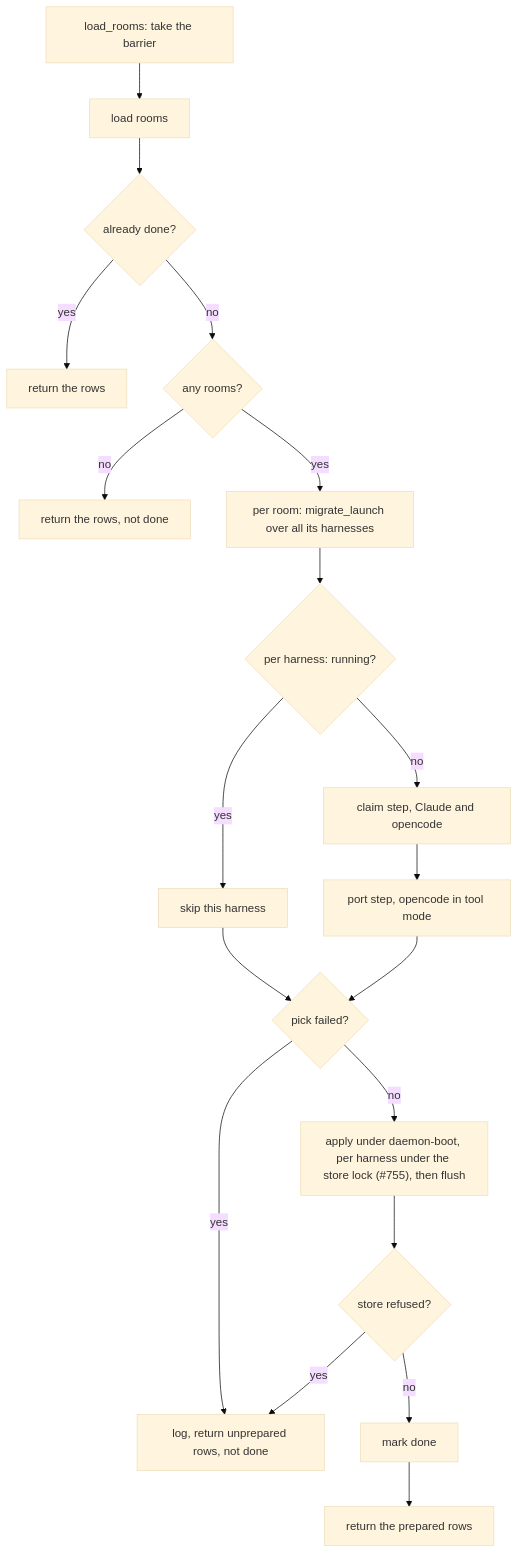
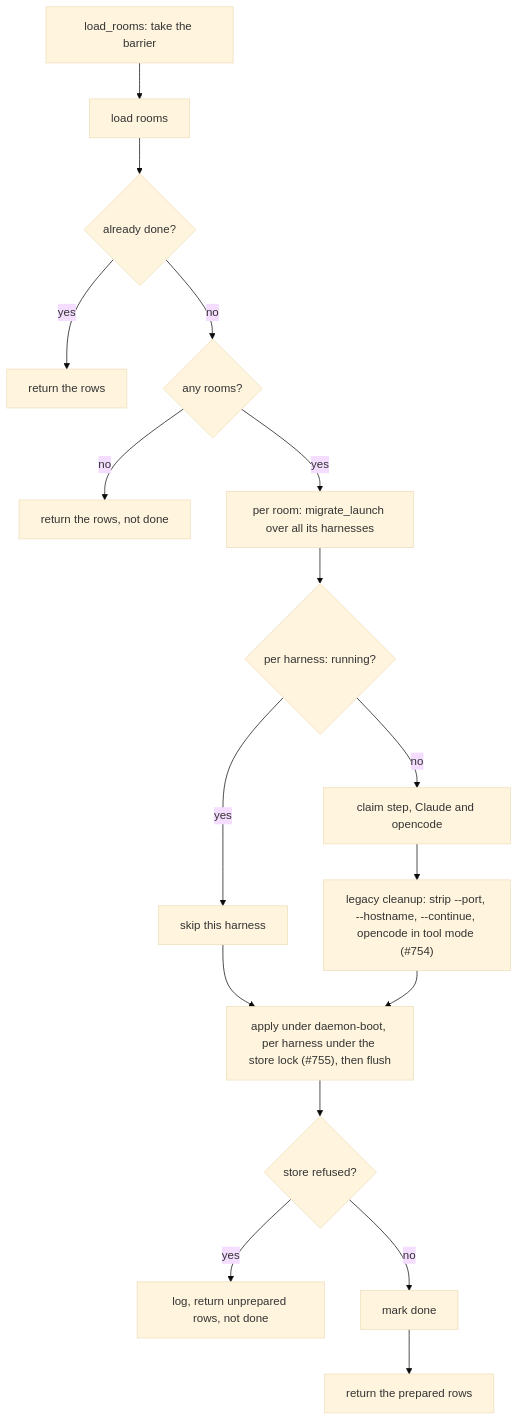
The eighth of 11 diagrams in docs/skeind-p2-design.md (timeloop-vault/skein), drawn with Mermaid (base theme) before and after one commit. The commit also changed other lines of this file and 56 other files, not shown here.

First line of the commit message:
feat(#754): pick the opencode port at spawn and keep it out of the stored cmd

````diff
--- a/docs/skeind-p2-design.md
+++ b/docs/skeind-p2-design.md
@@ -1084,21 +1110,19 @@
 ```mermaid
 flowchart TD
     A["load_rooms: take the barrier"] --> B["load rooms"]
     B --> C{"already done?"}
     C -->|yes| R1["return the rows"]
     C -->|no| D{"any rooms?"}
     D -->|no| R2["return the rows, not done"]
     D -->|yes| E["per room: migrate_launch over all its harnesses"]
     E --> F{"per harness: running?"}
     F -->|yes| G["skip this harness"]
     F -->|no| H["claim step, Claude and opencode"]
-    H --> I["port step, opencode in tool mode"]
-    G --> J{"pick failed?"}
-    I --> J
-    J -->|yes| K["log, return unprepared rows, not done"]
-    J -->|no| L["apply under daemon-boot, per harness under the store lock (#755), then flush"]
+    H --> I["legacy cleanup: strip --port, --hostname, --continue, opencode in tool mode (#754)"]
+    G --> L
+    I --> L["apply under daemon-boot, per harness under the store lock (#755), then flush"]
     L --> M{"store refused?"}
-    M -->|yes| K
+    M -->|yes| K["log, return unprepared rows, not done"]
     M -->|no| N["mark done"]
     N --> O["return the prepared rows"]
 ```
````
